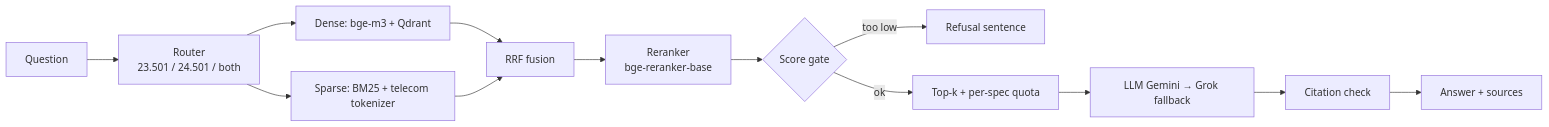
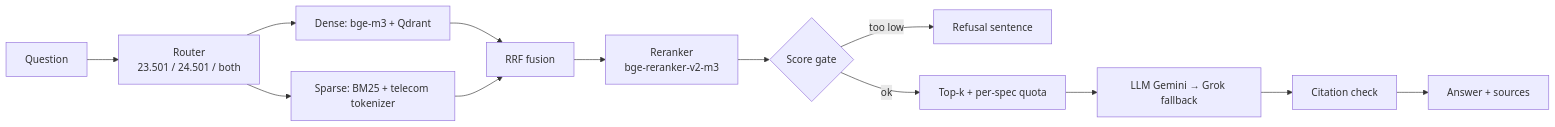
One commit to ilyesbj3/rag-3gpp changed the diagram in README.md. Above: the diagram before and after it, drawn with Mermaid. The commit also changed other lines of this file and 8 other files, not shown here.

````diff
--- a/README.md
+++ b/README.md
@@ -17,15 +17,15 @@
 ```mermaid
 flowchart LR
     Q[Question] --> R[Router<br/>23.501 / 24.501 / both]
     R --> D[Dense: bge-m3 + Qdrant]
     R --> S[Sparse: BM25 + telecom tokenizer]
     D --> F[RRF fusion]
     S --> F
-    F --> X[Reranker<br/>bge-reranker-base]
+    F --> X[Reranker<br/>bge-reranker-v2-m3]
     X --> G{Score gate}
     G -- too low --> N[Refusal sentence]
     G -- ok --> K[Top-k + per-spec quota]
     K --> L[LLM Gemini → Grok fallback]
     L --> C[Citation check]
     C --> A[Answer + sources]
 ```
````
